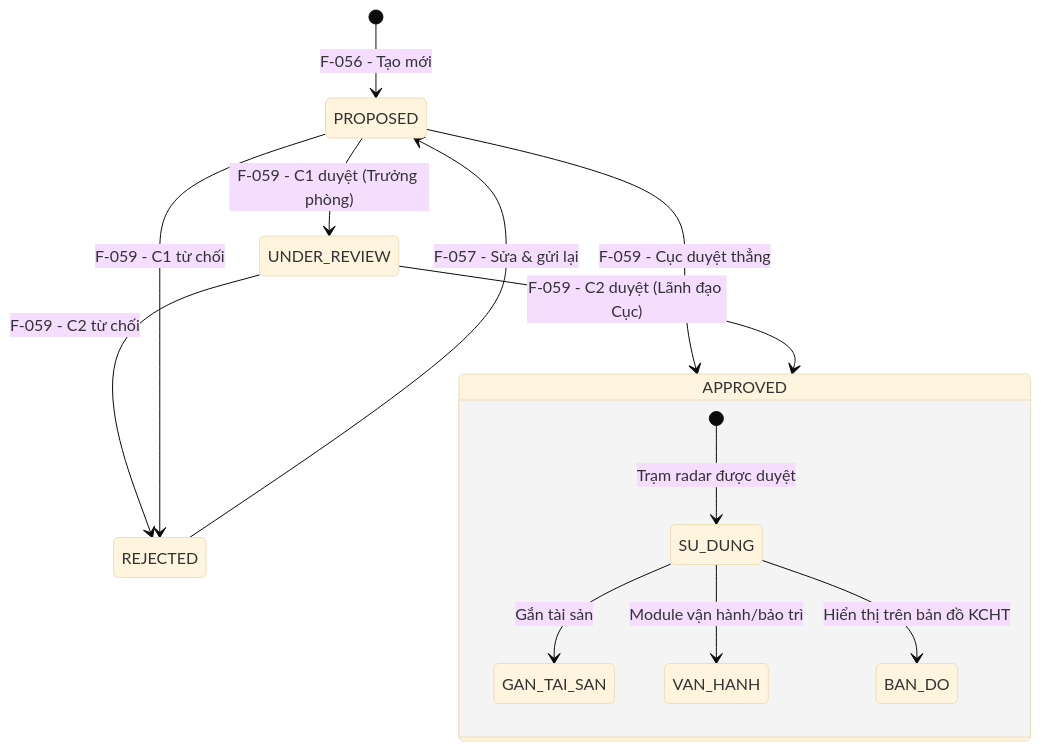
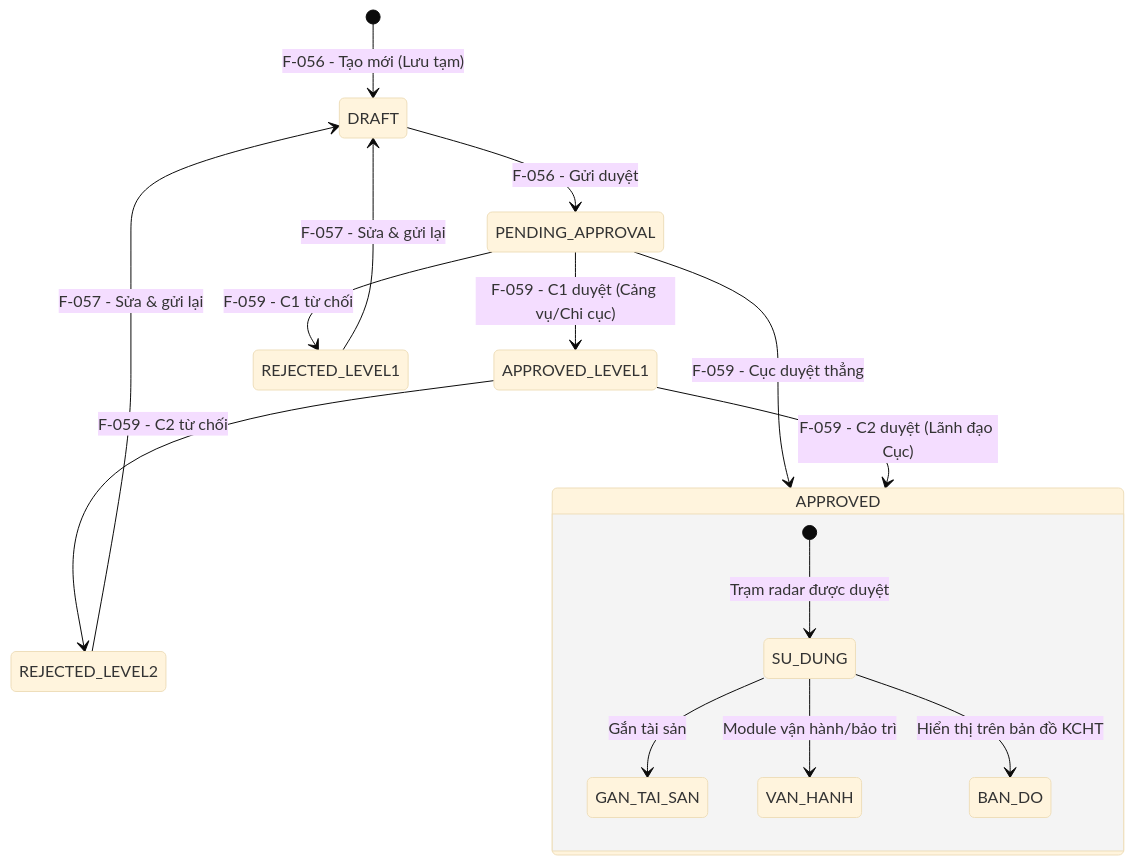
The diagram in docs/modules/M-003-quan-ly-tai-san-kchtgt-khu-nuoc-vts/_features/F-056-quan-ly-tram-radar-tao-moi/feature-brief.md (trangg21-bit/hang-hai-kchtgt), drawn with Mermaid (base theme) before and after one commit. The commit also changed other lines of this file and 139 other files, not shown here.

````diff
--- a/docs/modules/M-003-quan-ly-tai-san-kchtgt-khu-nuoc-vts/_features/F-056-quan-ly-tram-radar-tao-moi/feature-brief.md
+++ b/docs/modules/M-003-quan-ly-tai-san-kchtgt-khu-nuoc-vts/_features/F-056-quan-ly-tram-radar-tao-moi/feature-brief.md
@@ -153,17 +153,19 @@
 ```mermaid
 stateDiagram-v2
-    [*] --> PROPOSED: F-056 - Tạo mới
-    PROPOSED --> UNDER_REVIEW: F-059 - C1 duyệt (Trưởng phòng)
-    PROPOSED --> APPROVED: F-059 - Cục duyệt thẳng
-    UNDER_REVIEW --> APPROVED: F-059 - C2 duyệt (Lãnh đạo Cục)
-    UNDER_REVIEW --> REJECTED: F-059 - C2 từ chối
-    PROPOSED --> REJECTED: F-059 - C1 từ chối
-    REJECTED --> PROPOSED: F-057 - Sửa & gửi lại
+    [*] --> DRAFT: F-056 - Tạo mới (Lưu tạm)
+    DRAFT --> PENDING_APPROVAL: F-056 - Gửi duyệt
+    PENDING_APPROVAL --> APPROVED_LEVEL1: F-059 - C1 duyệt (Cảng vụ/Chi cục)
+    PENDING_APPROVAL --> APPROVED: F-059 - Cục duyệt thẳng
+    APPROVED_LEVEL1 --> APPROVED: F-059 - C2 duyệt (Lãnh đạo Cục)
+    APPROVED_LEVEL1 --> REJECTED_LEVEL2: F-059 - C2 từ chối
+    PENDING_APPROVAL --> REJECTED_LEVEL1: F-059 - C1 từ chối
+    REJECTED_LEVEL1 --> DRAFT: F-057 - Sửa & gửi lại
+    REJECTED_LEVEL2 --> DRAFT: F-057 - Sửa & gửi lại
 
     state APPROVED {
         [*] --> SU_DUNG: Trạm radar được duyệt
         SU_DUNG --> GAN_TAI_SAN: Gắn tài sản
         SU_DUNG --> VAN_HANH: Module vận hành/bảo trì
         SU_DUNG --> BAN_DO: Hiển thị trên bản đồ KCHT
     }
 ```
````
